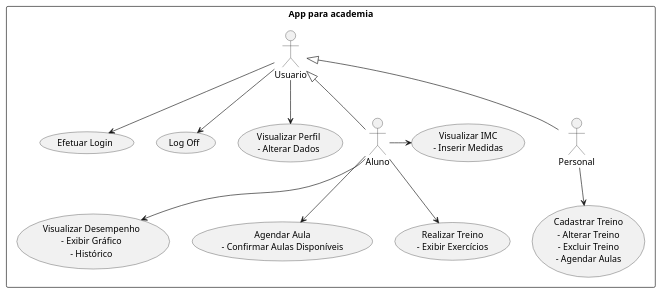
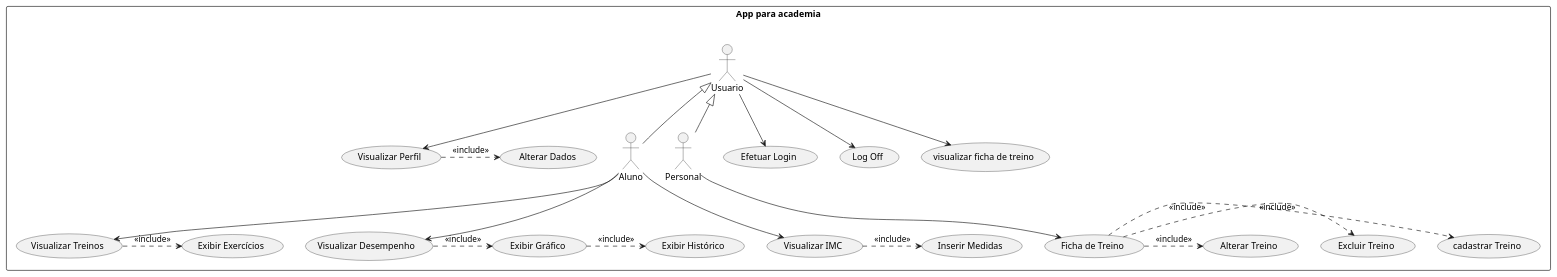
One commit to KeReN995221/PlantUML changed the diagram in projeto.wsd. Above: the diagram before and after it, drawn with PlantUML.

Commit message:
Use_Case_v2.0

```diff
--- a/projeto.wsd
+++ b/projeto.wsd
@@ -1,34 +1,57 @@
 @startuml  the first programming 
 
     rectangle "App para academia"{
        
         actor Usuario as user
         actor Aluno as aluno
         actor Personal as personal
         
         user <|-- personal
         user <|-- aluno
 
         usecase "Efetuar Login" as login
         usecase "Log Off" as logoff
-        usecase "Visualizar Perfil\n- Alterar Dados" as visualizarPerfil
-        usecase "Realizar Treino\n- Exibir Exercícios" as realizarTreino
-        usecase "Visualizar Desempenho\n- Exibir Gráfico\n- Histórico" as visualizarDesempenho
-        usecase "Visualizar IMC\n- Inserir Medidas" as visualizarIMC
-        usecase "Agendar Aula\n- Confirmar Aulas Disponíveis" as agendarAula
-        usecase "Cadastrar Treino\n- Alterar Treino\n- Excluir Treino\n- Agendar Aulas" as gerenciarTreinos
+        usecase "Visualizar Perfil" as visualizarPerfil
+        usecase " Alterar Dados" as alterarDados
+        usecase "visualizar ficha de treino" as visualizarFicha
+
+        usecase "Visualizar Treinos" as realizarTreino
+        usecase "Exibir Exercícios" as verExercicios
+        usecase "Visualizar Desempenho " as visualizarDesempenho
+        usecase "Exibir Gráfico" as exibeGrafico
+        usecase "Exibir Histórico" as exibeHistorico
+        usecase "Visualizar IMC" as visualizarIMC
+        usecase "Inserir Medidas" as insereMedidas
+
+        
+        usecase "Ficha de Treino" as gerenciarTreinos
+        usecase "Alterar Treino" as alterarTreino
+        usecase "Excluir Treino" as excluirTreino
+        usecase "cadastrar Treino" as cadastrarTreino
+
 
         user --> login
         user --> logoff
-        user --> visualizarPerfil
+        user --> visualizarFicha
+        user--> visualizarPerfil
+        (visualizarPerfil) .> (alterarDados): <<include>>
+
+
         aluno --> realizarTreino
+        (realizarTreino) .> (verExercicios): <<include>>
         aluno --> visualizarDesempenho
-        aluno --left-> (visualizarIMC)
-        aluno --> agendarAula
+        (visualizarDesempenho).> (exibeGrafico): <<include>>
+        (exibeGrafico).>(exibeHistorico): <<include>>
+        aluno --> visualizarIMC
+        (visualizarIMC).> (insereMedidas): <<include>>
+
+
         personal --> gerenciarTreinos
-
-        
+        (gerenciarTreinos).> (cadastrarTreino):  <<include>>
+        (gerenciarTreinos).> (excluirTreino):  <<include>>
+        (gerenciarTreinos).> (alterarTreino):  <<include>> 
+      
     }
 
 
 @enduml
```
